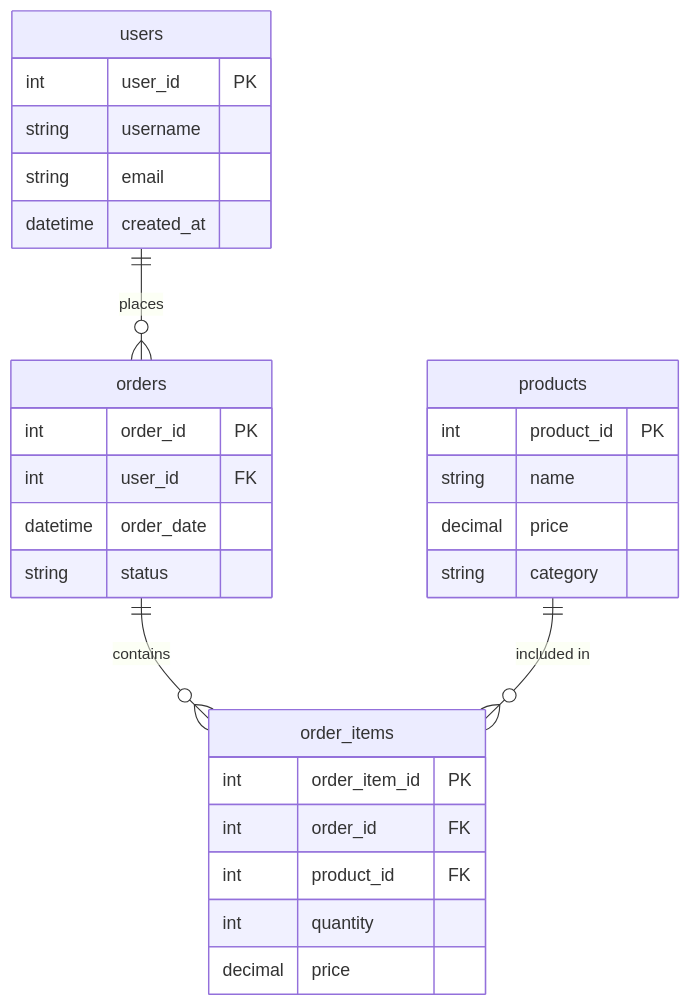
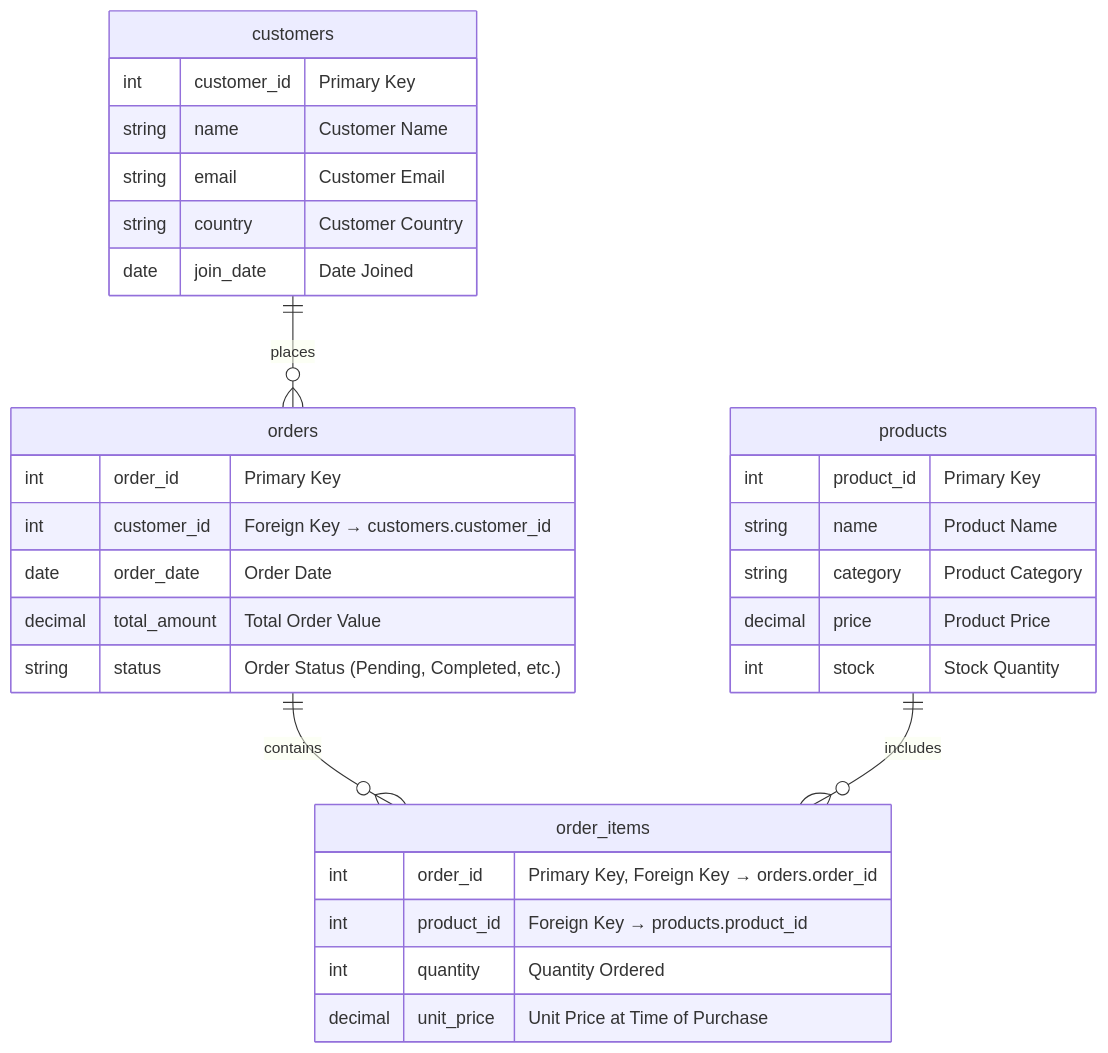
One commit to ayushflows/a-random-one changed the diagram in README.md. Above: the diagram before and after it, drawn with Mermaid. The commit also changed other lines of this file, not shown here.

````diff
--- a/README.md
+++ b/README.md
@@ -294,35 +294,43 @@
 ```mermaid
 erDiagram
-    users ||--o{ orders : places
-    orders ||--o{ order_items : contains
-    products ||--o{ order_items : "included in"
+    %% Relationships
+    customers ||--o{ orders : "places"
+    orders ||--o{ order_items : "contains"
+    products ||--o{ order_items : "includes"
 
-    users {
-        int user_id PK
-        string username
-        string email
-        datetime created_at
+    %% Customers Table
+    customers {
+        int customer_id "Primary Key"
+        string name "Customer Name"
+        string email "Customer Email"
+        string country "Customer Country"
+        date join_date "Date Joined"
     }
 
-    products {
-        int product_id PK
-        string name
-        decimal price
-        string category
+    %% Orders Table
+    orders {
+        int order_id "Primary Key"
+        int customer_id "Foreign Key → customers.customer_id"
+        date order_date "Order Date"
+        decimal total_amount "Total Order Value"
+        string status "Order Status (Pending, Completed, etc.)"
     }
 
-    orders {
-        int order_id PK
-        int user_id FK
-        datetime order_date
-        string status
+    %% Products Table
+    products {
+        int product_id "Primary Key"
+        string name "Product Name"
+        string category "Product Category"
+        decimal price "Product Price"
+        int stock "Stock Quantity"
     }
 
+    %% Order Items Table
     order_items {
-        int order_item_id PK
-        int order_id FK
-        int product_id FK
-        int quantity
-        decimal price
+        int order_id "Primary Key, Foreign Key → orders.order_id"
+        int product_id "Foreign Key → products.product_id"
+        int quantity "Quantity Ordered"
+        decimal unit_price "Unit Price at Time of Purchase"
     }
+
 ```
````
